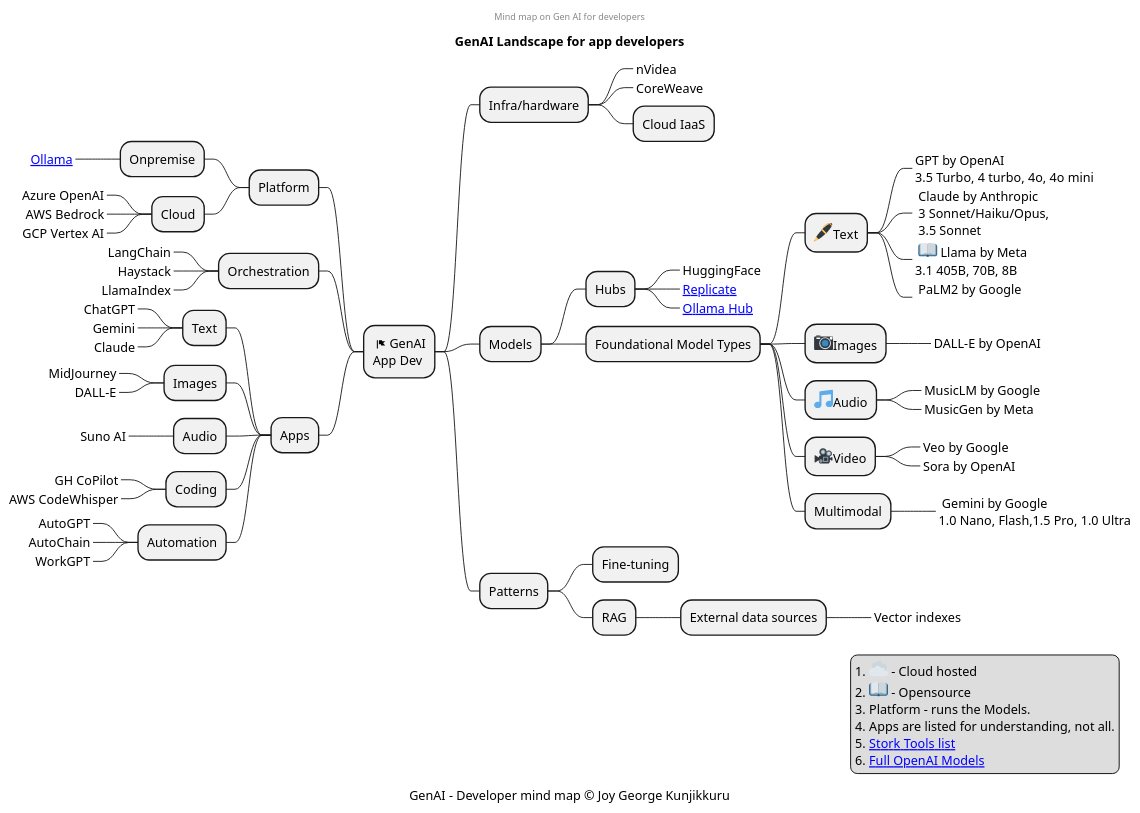
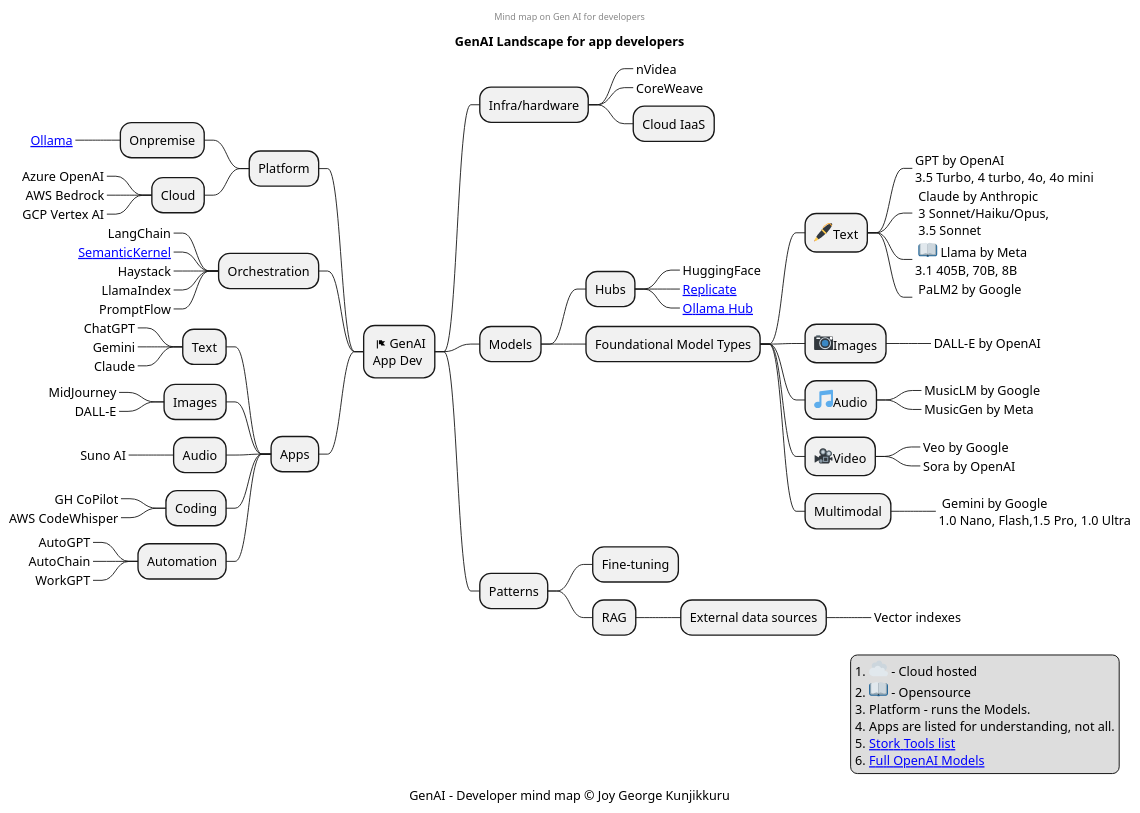
One commit to mind-maps/software changed the diagram in ai/gen-ai/app-developer-landscape.puml. Above: the diagram before and after it, drawn with PlantUML.

Commit message:
Added semantic kernel from MSFT

```diff
--- a/ai/gen-ai/app-developer-landscape.puml
+++ b/ai/gen-ai/app-developer-landscape.puml
@@ -1,87 +1,89 @@
 @startmindmap
 center header
 Mind map on Gen AI for developers 
 endheader
 title GenAI Landscape for app developers
 *: <&flag> GenAI 
 App Dev;
 left side
 ** Platform
 *** Onpremise
 ****_ [[https://ollama.com/ Ollama]]
 *** Cloud
 ****_ Azure OpenAI
 ****_ AWS Bedrock
 ****_ GCP Vertex AI
 ** Orchestration
 ***_ LangChain
+***_ [[https://learn.microsoft.com/en-us/semantic-kernel/overview/ SemanticKernel]]
 ***_ Haystack
 ***_ LlamaIndex
+***_ PromptFlow
 ** Apps
 *** Text
 ****_ ChatGPT
 ****_ Gemini
 ****_ Claude
 *** Images
 ****_ MidJourney
 ****_ DALL-E
 *** Audio
 ****_ Suno AI
 *** Coding
 ****_ GH CoPilot
 ****_ AWS CodeWhisper
 *** Automation
 ****_ AutoGPT
 ****_ AutoChain
 ****_ WorkGPT
 
 right side
 ** Infra/hardware
 ***_ nVidea
 ***_ CoreWeave
 *** Cloud IaaS
 ** Models
 *** Hubs
 ****_ HuggingFace
 ****_ [[https://replicate.com/ Replicate]]
 ****_ [[https://openwebui.com/ Ollama Hub]]
 *** Foundational Model Types
 **** <:pen:>Text
 *****_:GPT by OpenAI
 3.5 Turbo, 4 turbo, 4o, 4o mini;
 *****_: Claude by Anthropic
  3 Sonnet/Haiku/Opus,
  3.5 Sonnet;
 *****_: <:book:> Llama by Meta
 3.1 405B, 70B, 8B ;
 *****_: PaLM2 by Google
 ;
 **** <:camera:>Images
 *****_ DALL-E by OpenAI
 **** <:musical_note:>Audio
 *****_ MusicLM by Google
 *****_ MusicGen by Meta
 **** <:movie_camera:>Video
 *****_ Veo by Google
 *****_ Sora by OpenAI
 **** Multimodal
 *****_: Gemini by Google
 1.0 Nano, Flash,1.5 Pro, 1.0 Ultra;
 ** Patterns
 *** Fine-tuning
 *** RAG
 **** External data sources
 *****_ Vector indexes
 
 legend right
 # <:cloud:> - Cloud hosted
 # <:book:> - Opensource
 # Platform - runs the Models.
 # Apps are listed for understanding, not all.
 # [[https://www.stork.ai/ Stork Tools list]]
 # [[https://platform.openai.com/docs/models/models-overview Full OpenAI Models]]
 endlegend
 
 caption GenAI - Developer mind map © Joy George Kunjikkuru
 
 @endmindmap
```
